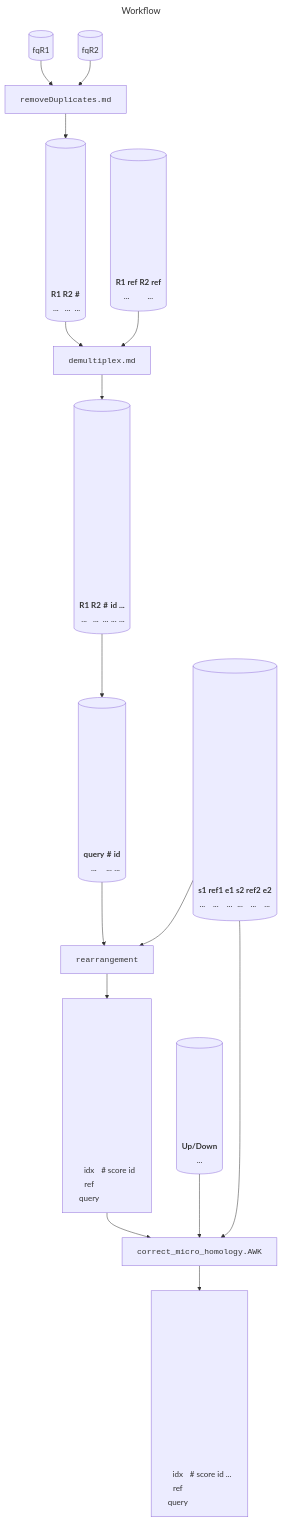
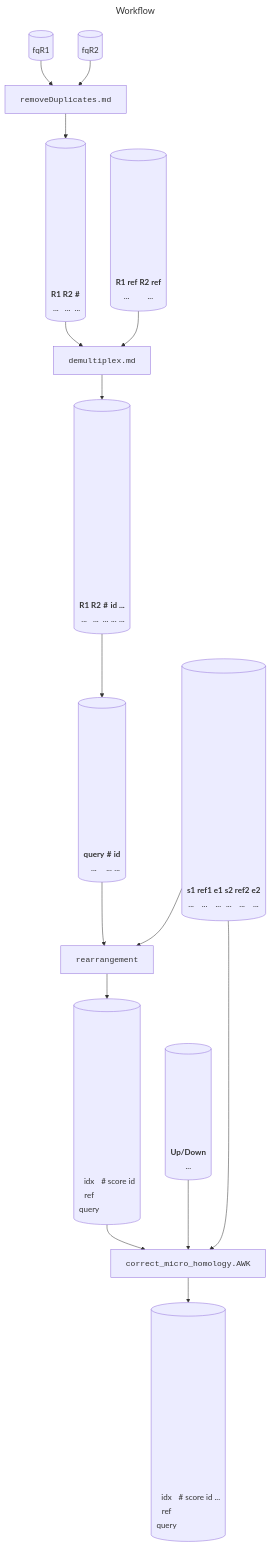
Before and after one commit to ljw20180420/rearr_test: the diagram in README.md, drawn with Mermaid. The commit also changed other lines of this file and 10 other files, not shown here.

````diff
--- a/README.md
+++ b/README.md
@@ -263,7 +88,7 @@
             </tr>
         </table>
     )] --> REARR
-    REARR --> OUTPUT[
+    REARR --> OUTPUT[(
         <table>
             <tr>
                 <td>idx</td>
@@ -278,7 +103,7 @@
                 <td>query</td>
             </tr>
         </table>
-    ]
+    )]
     REF --> CORRECT
     CF[(
         <table>
@@ -291,7 +116,7 @@
         </table>
     )] --> CORRECT
     OUTPUT --> CORRECT[<code>correct_micro_homology.AWK</code>]
-    CORRECT --> COROUTPUT[
+    CORRECT --> COROUTPUT[(
         <table>
             <tr>
                 <td>idx</td>
@@ -307,5 +132,5 @@
                 <td>query</td>
             </tr>
         </table>
-    ]
+    )]
 ```
````
